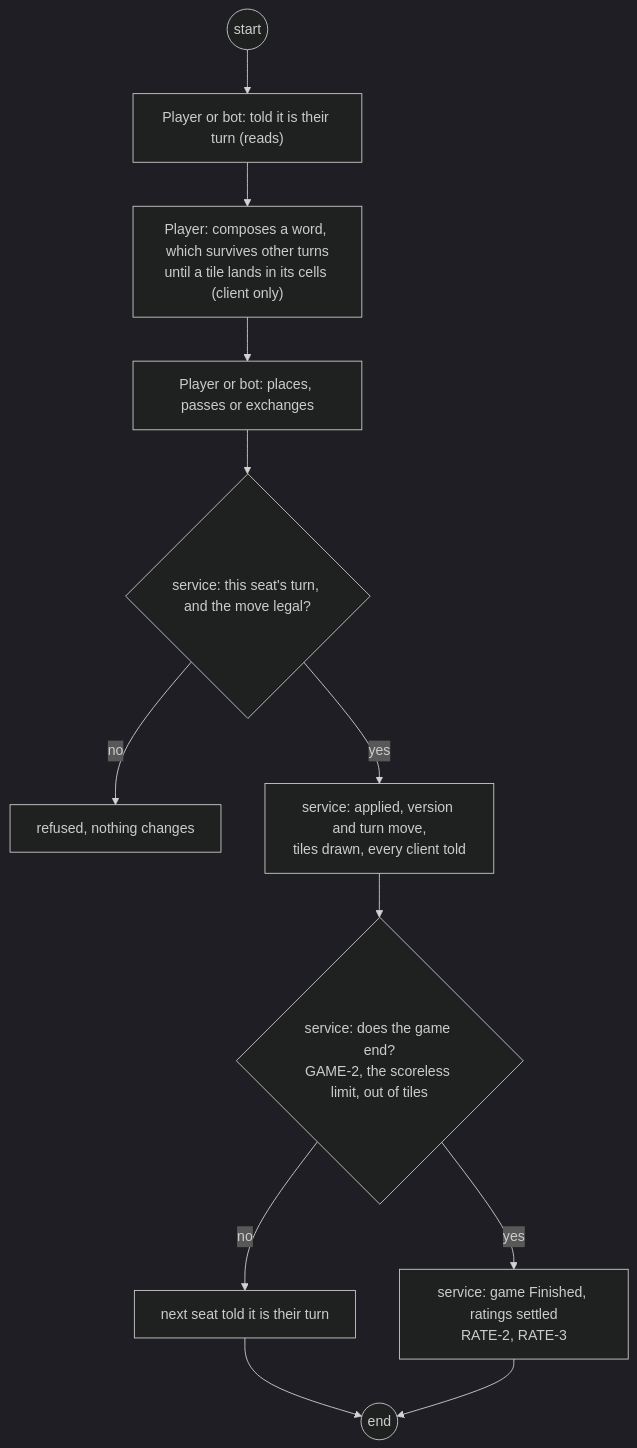
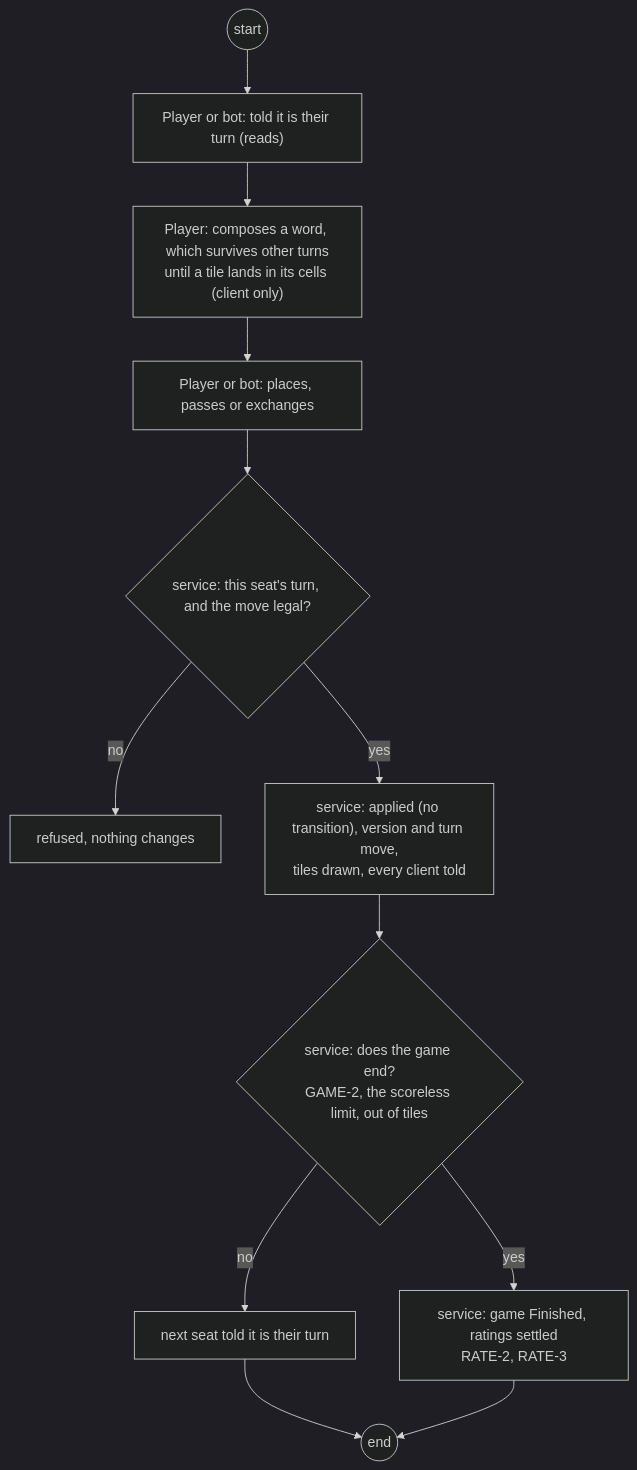
Before and after one commit to delphside/programme: the third of 20 diagrams in docs/changes/workstreams/application-game-architecture/71-one-game-model/71-functional.md, drawn with Mermaid (dark theme). The commit also changed other lines of this file and 1 other file, not shown here.

````diff
--- a/docs/changes/workstreams/application-game-architecture/71-one-game-model/71-functional.md
+++ b/docs/changes/workstreams/application-game-architecture/71-one-game-model/71-functional.md
@@ -113,14 +114,14 @@
 ```mermaid
 flowchart TD
   s0((start)) --> p1["Player or bot: told it is their turn (reads)"]
   p1 --> p2["Player: composes a word, which survives other turns<br/>until a tile lands in its cells (client only)"]
   p2 --> p3["Player or bot: places, passes or exchanges"]
   p3 --> v1{"service: this seat's turn, and the move legal?"}
   v1 -- no --> r1["refused, nothing changes"]
-  v1 -- yes --> t1["service: applied, version and turn move,<br/>tiles drawn, every client told"]
+  v1 -- yes --> t1["service: applied (no transition), version and turn move,<br/>tiles drawn, every client told"]
   t1 --> v2{"service: does the game end?<br/>GAME-2, the scoreless limit, out of tiles"}
   v2 -- no --> p4["next seat told it is their turn"]
   v2 -- yes --> t2["service: game Finished, ratings settled<br/>RATE-2, RATE-3"]
   p4 --> e0((end))
   t2 --> e0
 ```
````
